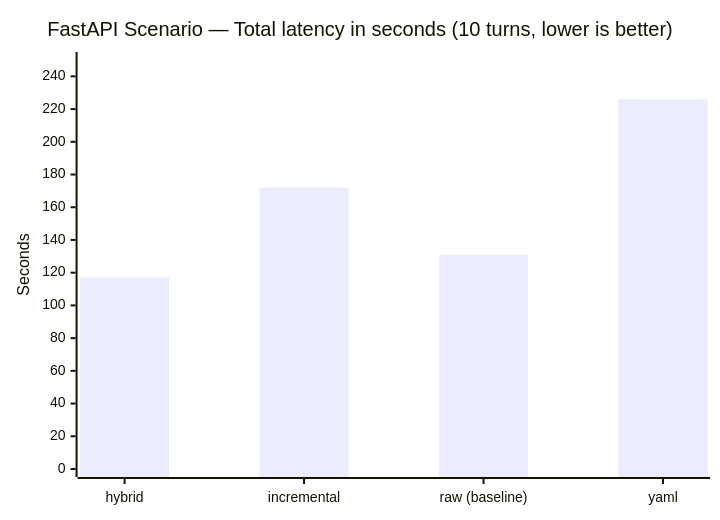
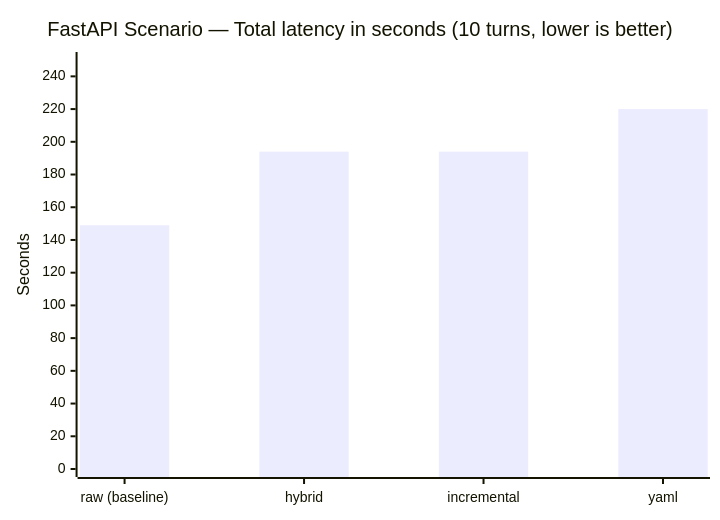
Before and after one commit to gincarbone/shapeshifter: the third of 4 diagrams in README.md, drawn with Mermaid. The commit also changed other lines of this file and 7 other files, not shown here.

````diff
--- a/README.md
+++ b/README.md
@@ -349,7 +349,7 @@
 ```mermaid
 xychart-beta
     title "FastAPI Scenario — Total latency in seconds (10 turns, lower is better)"
-    x-axis ["hybrid", "incremental", "raw (baseline)", "yaml"]
+    x-axis ["raw (baseline)", "hybrid", "incremental", "yaml"]
     y-axis "Seconds" 0 --> 250
-    bar [117, 172, 131, 226]
+    bar [149, 194, 194, 220]
 ```
````
